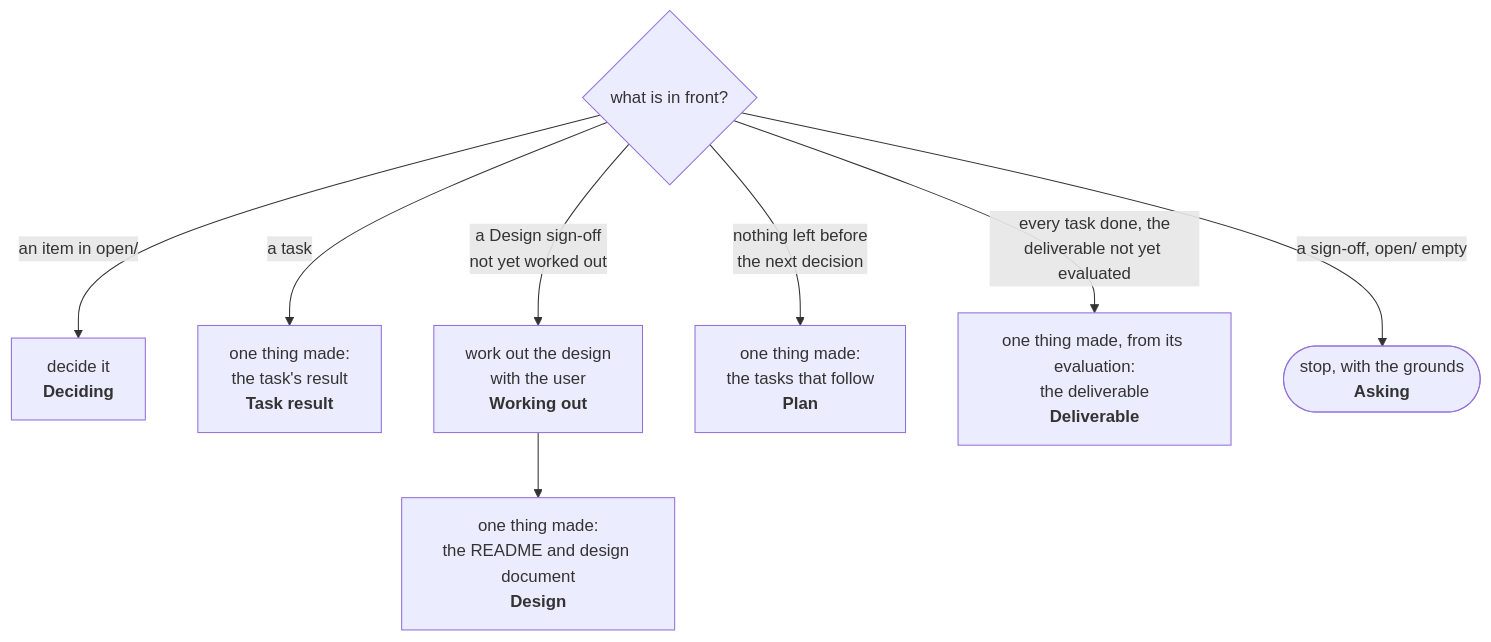
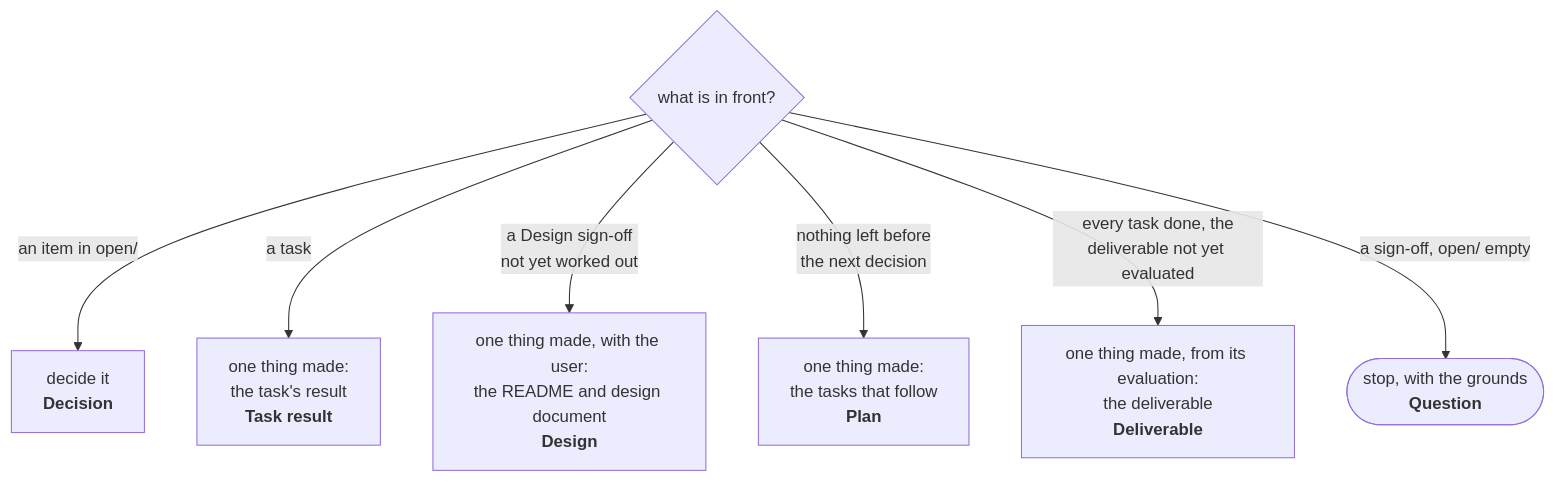
Before and after one commit to lovaizu/ccpm: the second of 4 diagrams in rn/docs/design.md, drawn with Mermaid. The commit also changed other lines of this file and 2 other files, not shown here.

First line of the commit message:
docs(rn): one word for each thing across README, design.md and CHANGELOG

````diff
--- a/rn/docs/design.md
+++ b/rn/docs/design.md
@@ -93,11 +91,10 @@
 ```mermaid
 flowchart TD
     F{"what is in front?"}
-    F -->|"an item in open/"| D["decide it<br/><b>Deciding</b>"]
+    F -->|"an item in open/"| D["decide it<br/><b>Decision</b>"]
     F -->|"a task"| T["one thing made:<br/>the task's result<br/><b>Task result</b>"]
-    F -->|"a Design sign-off<br/>not yet worked out"| W["work out the design<br/>with the user<br/><b>Working out</b>"]
-    W --> DT["one thing made:<br/>the README and design document<br/><b>Design</b>"]
+    F -->|"a Design sign-off<br/>not yet worked out"| DT["one thing made, with the user:<br/>the README and design document<br/><b>Design</b>"]
     F -->|"nothing left before<br/>the next decision"| P["one thing made:<br/>the tasks that follow<br/><b>Plan</b>"]
     F -->|"every task done, the<br/>deliverable not yet evaluated"| FW["one thing made, from its evaluation:<br/>the deliverable<br/><b>Deliverable</b>"]
-    F -->|"a sign-off, open/ empty"| A(["stop, with the grounds<br/><b>Asking</b>"])
+    F -->|"a sign-off, open/ empty"| A(["stop, with the grounds<br/><b>Question</b>"])
 ```
````
